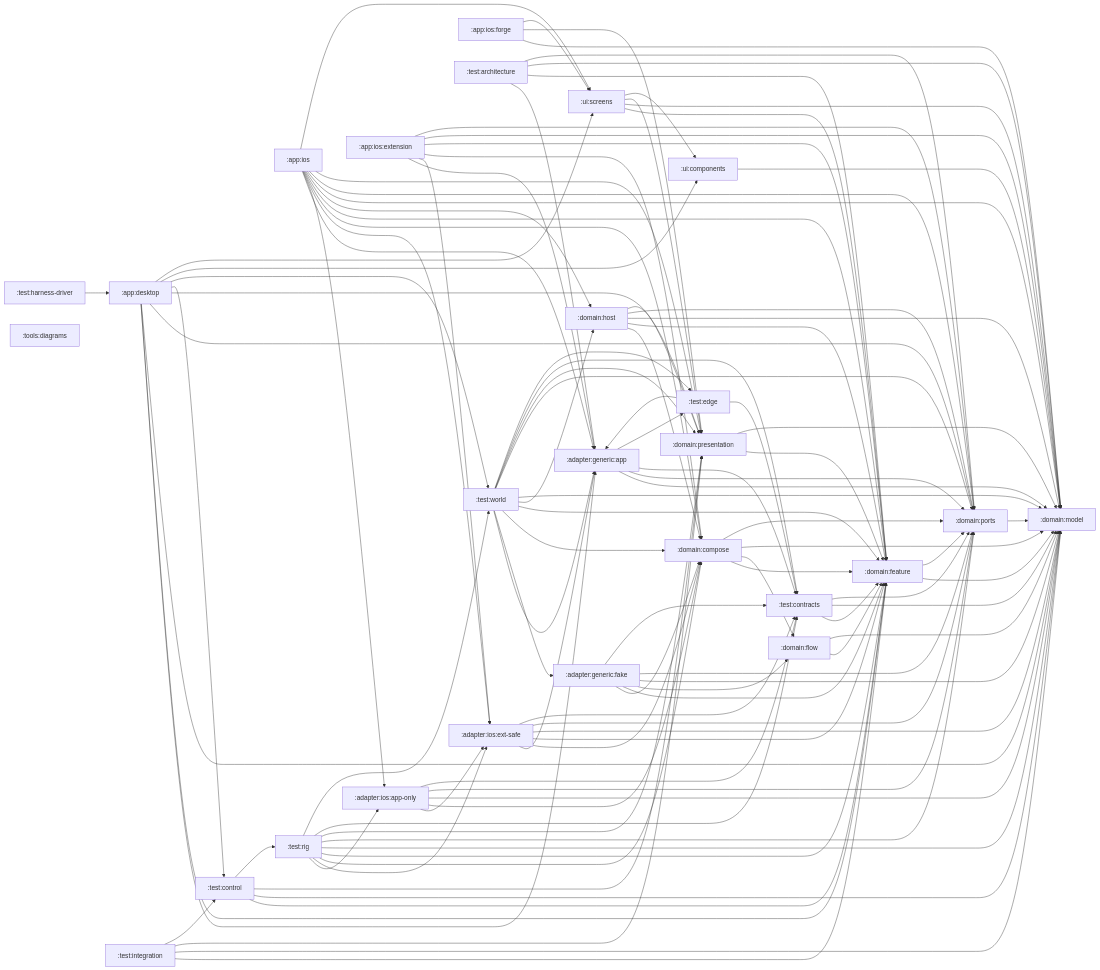
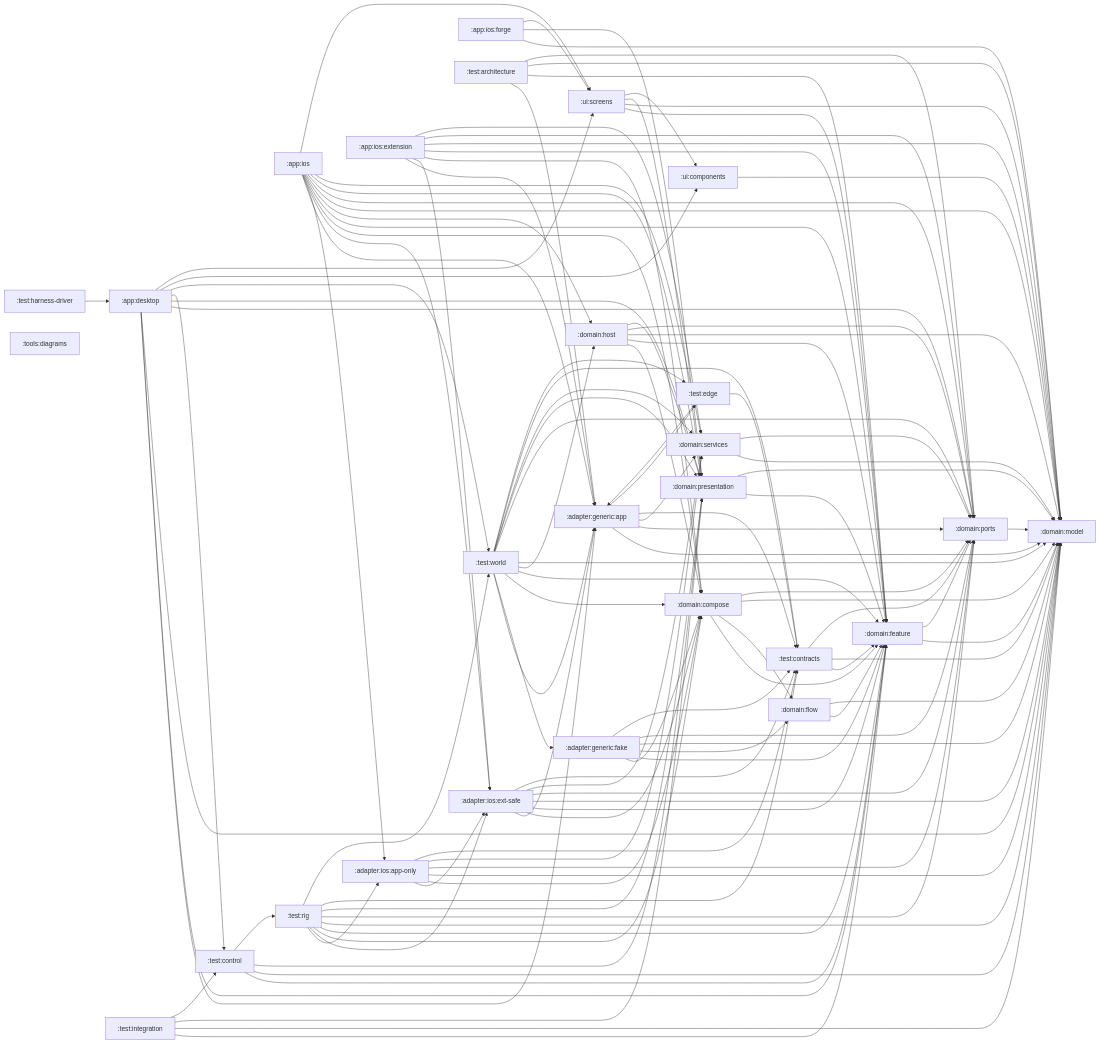
One commit to stefanhoelzl/SnapSync changed the diagram in architecture/modules.md. Above: the diagram before and after it, drawn with Mermaid. The commit also changed 95 other files, not shown here.

First line of the commit message:
internal(storage-ports): the services zone and the Databases port

```diff
--- a/architecture/modules.md
+++ b/architecture/modules.md
@@ -24,6 +24,7 @@
   domain_model[":domain:model"]
   domain_ports[":domain:ports"]
   domain_presentation[":domain:presentation"]
+  domain_services[":domain:services"]
   test_architecture[":test:architecture"]
   test_contracts[":test:contracts"]
   test_control[":test:control"]
@@ -37,6 +38,7 @@
   ui_screens[":ui:screens"]
   adapter_generic_app --> domain_model
   adapter_generic_app --> domain_ports
+  adapter_generic_app --> domain_services
   adapter_generic_app --> test_contracts
   adapter_generic_app --> test_edge
   adapter_generic_fake --> domain_compose
@@ -49,12 +51,14 @@
   adapter_ios_app_only --> domain_compose
   adapter_ios_app_only --> domain_model
   adapter_ios_app_only --> domain_ports
+  adapter_ios_app_only --> domain_services
   adapter_ios_app_only --> test_contracts
   adapter_ios_ext_safe --> adapter_generic_app
   adapter_ios_ext_safe --> domain_compose
   adapter_ios_ext_safe --> domain_feature
   adapter_ios_ext_safe --> domain_model
   adapter_ios_ext_safe --> domain_ports
+  adapter_ios_ext_safe --> domain_services
   adapter_ios_ext_safe --> test_contracts
   app_desktop --> adapter_generic_app
   app_desktop --> domain_feature
@@ -74,6 +78,7 @@
   app_ios --> domain_model
   app_ios --> domain_ports
   app_ios --> domain_presentation
+  app_ios --> domain_services
   app_ios --> ui_screens
   app_ios_extension --> adapter_generic_app
   app_ios_extension --> adapter_ios_ext_safe
@@ -81,6 +86,7 @@
   app_ios_extension --> domain_feature
   app_ios_extension --> domain_model
   app_ios_extension --> domain_ports
+  app_ios_extension --> domain_services
   app_ios_forge --> domain_model
   app_ios_forge --> domain_presentation
   app_ios_forge --> ui_screens
@@ -100,6 +106,8 @@
   domain_ports --> domain_model
   domain_presentation --> domain_feature
   domain_presentation --> domain_model
+  domain_services --> domain_model
+  domain_services --> domain_ports
   test_architecture --> adapter_generic_app
   test_architecture --> domain_feature
   test_architecture --> domain_model
@@ -135,6 +143,7 @@
   test_world --> domain_model
   test_world --> domain_ports
   test_world --> domain_presentation
+  test_world --> domain_services
   test_world --> test_contracts
   test_world --> test_edge
   ui_components --> domain_model
```
